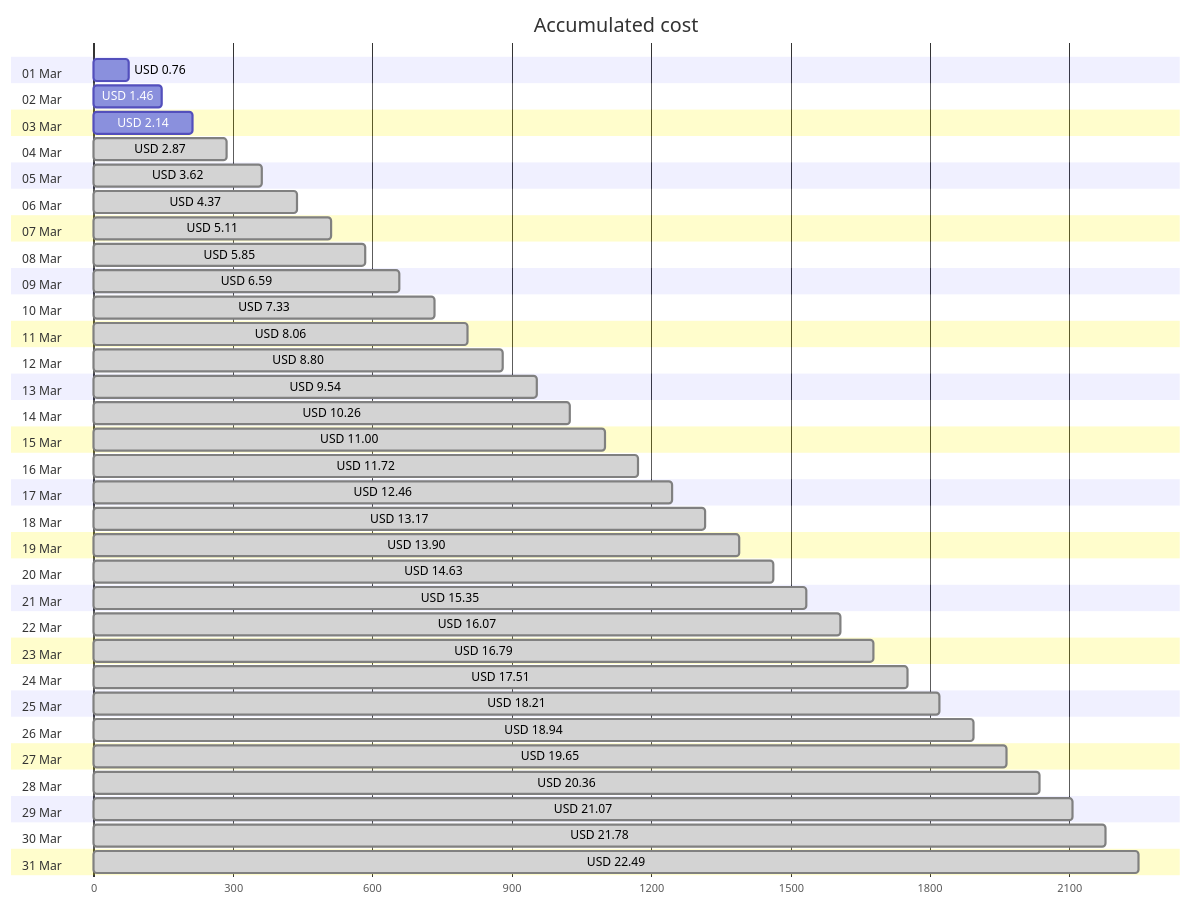
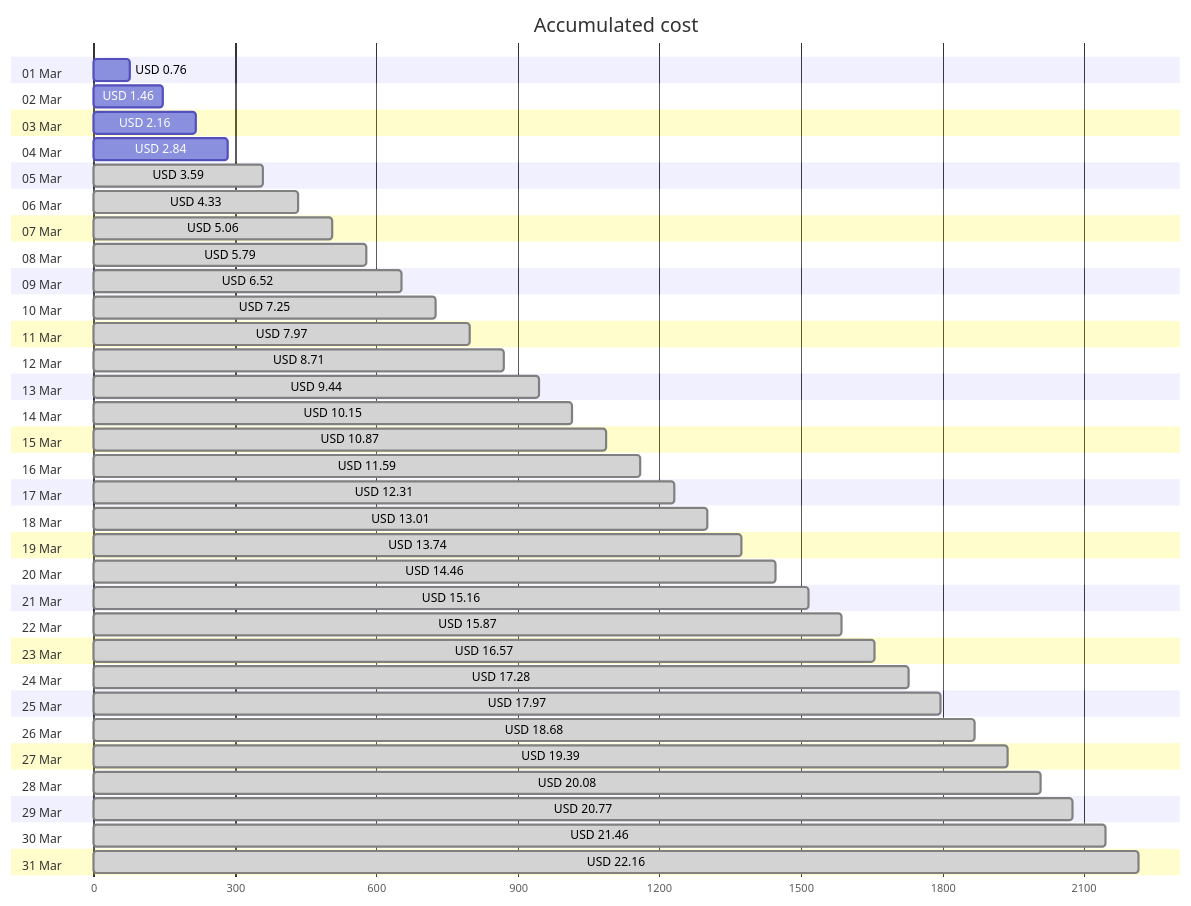
The first of 4 diagrams in cost-reports/personal-network/backup-server-data-disk.md (jpfulton/azure-personal-reports), drawn with Mermaid before and after one commit. The commit also changed other lines of this file and 8 other files, not shown here.

````diff
--- a/cost-reports/personal-network/backup-server-data-disk.md
+++ b/cost-reports/personal-network/backup-server-data-disk.md
@@ -20,68 +20,68 @@
 ```mermaid
 gantt
    title Accumulated cost
    dateFormat  X
    axisFormat %s
    section 01 Mar
    USD 0.76 :0, 76
    section 02 Mar
    USD 1.46 :0, 146
    section 03 Mar
-   USD 2.14 :0, 214
+   USD 2.16 :0, 216
    section 04 Mar
-   USD 2.87 : done, 0, 287
+   USD 2.84 :0, 284
    section 05 Mar
-   USD 3.62 : done, 0, 362
+   USD 3.59 : done, 0, 359
    section 06 Mar
-   USD 4.37 : done, 0, 437
+   USD 4.33 : done, 0, 433
    section 07 Mar
-   USD 5.11 : done, 0, 511
+   USD 5.06 : done, 0, 506
    section 08 Mar
-   USD 5.85 : done, 0, 585
+   USD 5.79 : done, 0, 579
    section 09 Mar
-   USD 6.59 : done, 0, 659
+   USD 6.52 : done, 0, 652
    section 10 Mar
-   USD 7.33 : done, 0, 733
+   USD 7.25 : done, 0, 725
    section 11 Mar
-   USD 8.06 : done, 0, 806
+   USD 7.97 : done, 0, 797
    section 12 Mar
-   USD 8.80 : done, 0, 880
+   USD 8.71 : done, 0, 871
    section 13 Mar
-   USD 9.54 : done, 0, 954
+   USD 9.44 : done, 0, 944
    section 14 Mar
-   USD 10.26 : done, 0, 1026
+   USD 10.15 : done, 0, 1015
    section 15 Mar
-   USD 11.00 : done, 0, 1100
+   USD 10.87 : done, 0, 1087
    section 16 Mar
-   USD 11.72 : done, 0, 1172
+   USD 11.59 : done, 0, 1159
    section 17 Mar
-   USD 12.46 : done, 0, 1246
+   USD 12.31 : done, 0, 1231
    section 18 Mar
-   USD 13.17 : done, 0, 1317
+   USD 13.01 : done, 0, 1301
    section 19 Mar
-   USD 13.90 : done, 0, 1390
+   USD 13.74 : done, 0, 1374
    section 20 Mar
-   USD 14.63 : done, 0, 1463
+   USD 14.46 : done, 0, 1446
    section 21 Mar
-   USD 15.35 : done, 0, 1535
+   USD 15.16 : done, 0, 1516
    section 22 Mar
-   USD 16.07 : done, 0, 1607
+   USD 15.87 : done, 0, 1587
    section 23 Mar
-   USD 16.79 : done, 0, 1679
+   USD 16.57 : done, 0, 1657
    section 24 Mar
-   USD 17.51 : done, 0, 1751
+   USD 17.28 : done, 0, 1728
    section 25 Mar
-   USD 18.21 : done, 0, 1821
+   USD 17.97 : done, 0, 1797
    section 26 Mar
-   USD 18.94 : done, 0, 1894
+   USD 18.68 : done, 0, 1868
    section 27 Mar
-   USD 19.65 : done, 0, 1965
+   USD 19.39 : done, 0, 1939
    section 28 Mar
-   USD 20.36 : done, 0, 2036
+   USD 20.08 : done, 0, 2008
    section 29 Mar
-   USD 21.07 : done, 0, 2107
+   USD 20.77 : done, 0, 2077
    section 30 Mar
-   USD 21.78 : done, 0, 2178
+   USD 21.46 : done, 0, 2146
    section 31 Mar
-   USD 22.49 : done, 0, 2249
+   USD 22.16 : done, 0, 2216
 ```
````
